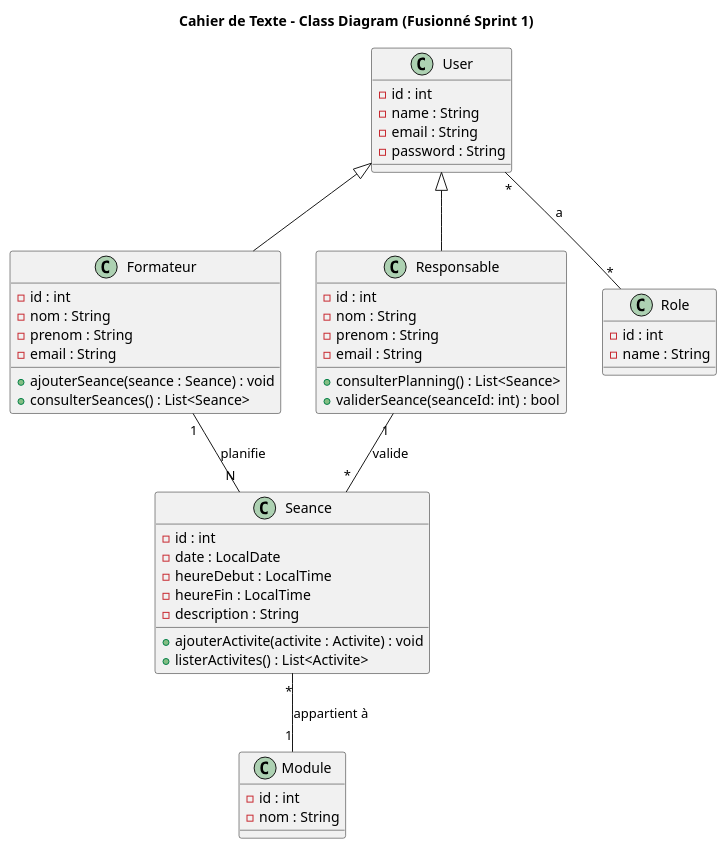
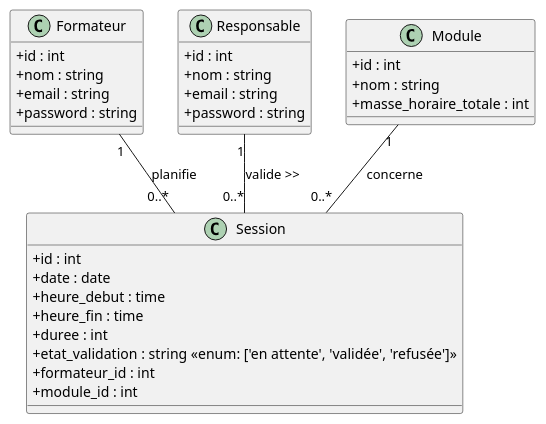
Before and after one commit to Ayoub-El-Bouzidi/fil-rouge: the diagram in Branch Technique/Conception/DiagrammeDeClass.puml, drawn with PlantUML. The commit also changed 3 other files, not shown here.

```diff
--- a/Branch Technique/Conception/DiagrammeDeClass.puml
+++ b/Branch Technique/Conception/DiagrammeDeClass.puml
@@ -1,60 +1,38 @@
 @startuml
-title Cahier de Texte - Class Diagram (Fusionné Sprint 1)
+skinparam classAttributeIconSize 0
 
-' ==== Classes principales ====
 class Formateur {
-    - id : int
-    - nom : String
-    - prenom : String
-    - email : String
-    + ajouterSeance(seance : Seance) : void
-    + consulterSeances() : List<Seance>
-}
-
-class Seance {
-    - id : int
-    - date : LocalDate
-    - heureDebut : LocalTime
-    - heureFin : LocalTime
-    - description : String
-    + ajouterActivite(activite : Activite) : void
-    + listerActivites() : List<Activite>
-}
-
-
-class Module {
-    - id : int
-    - nom : String
+  +id : int
+  +nom : string
+  +email : string
+  +password : string
 }
 
 class Responsable {
-    - id : int
-    - nom : String
-    - prenom : String
-    - email : String
-    + consulterPlanning() : List<Seance>
-    + validerSeance(seanceId: int) : bool
+  +id : int
+  +nom : string
+  +email : string
+  +password : string
 }
 
-class Role {
-    - id : int
-    - name : String
+class Module {
+  +id : int
+  +nom : string
+  +masse_horaire_totale : int
 }
 
-class User {
-    - id : int
-    - name : String
-    - email : String
-    - password : String
+class Session {
+  +id : int
+  +date : date
+  +heure_debut : time
+  +heure_fin : time
+  +duree : int
+  +etat_validation : string <<enum: ['en attente', 'validée', 'refusée']>>
+  +formateur_id : int
+  +module_id : int
 }
 
-' ==== Relations ====
-Formateur "1" -- "N" Seance : "planifie"
-Seance "*" -- "1" Module : "appartient à"
-Responsable "1" -- "*" Seance : "valide"
-
-User "*" -- "*" Role : "a"
-User <|-- Formateur
-User <|-- Responsable
-
+Formateur "1" -- "0..*" Session : planifie
+Module "1" -- "0..*" Session : concerne
+Responsable "1" -- "0..*" Session : valide >>
 @enduml
```
